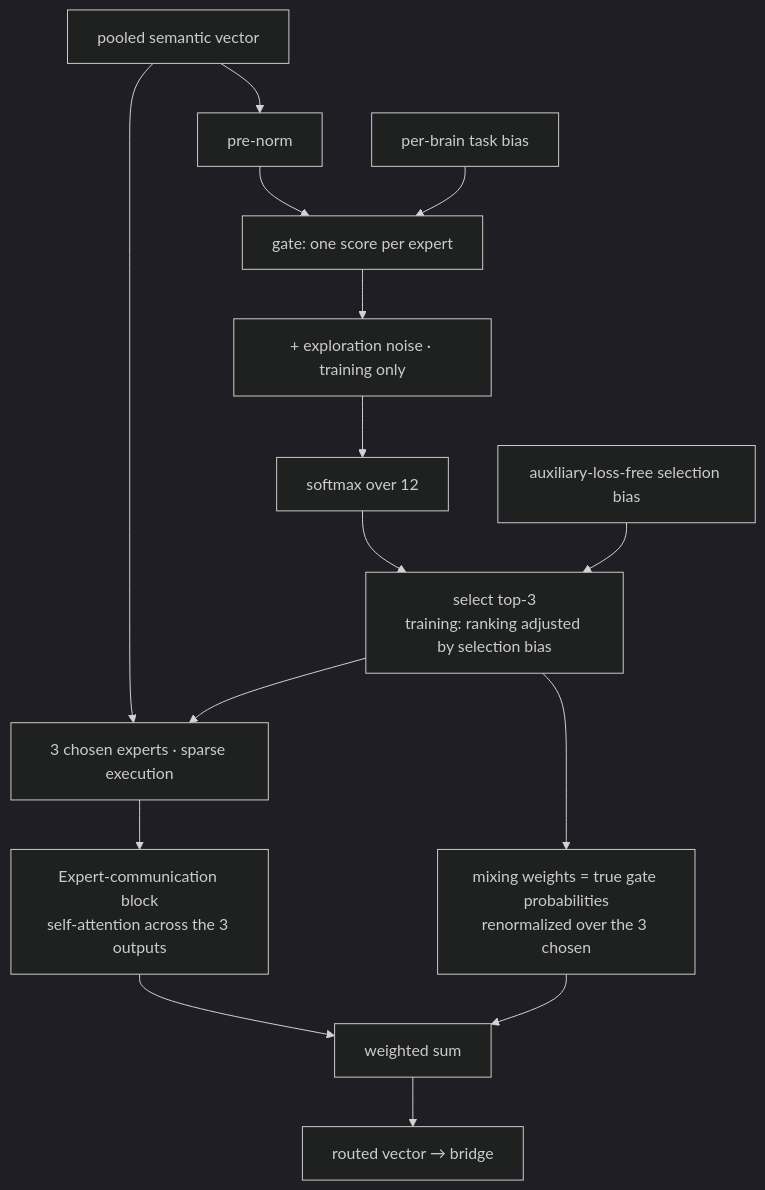
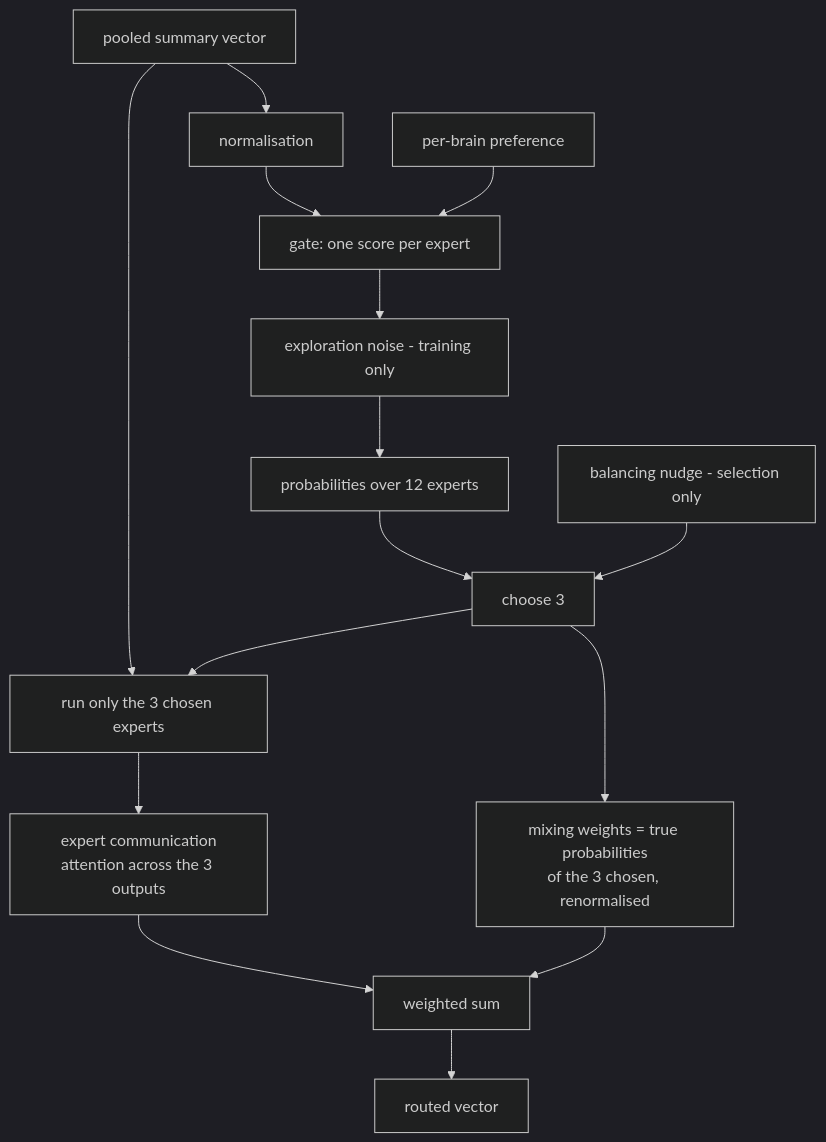
One commit to ATECTechnologies/Graph-Language-Assistant changed the fifth of 6 diagrams in README.md. Above: the diagram before and after it, drawn with Mermaid (dark theme). The commit also changed other lines of this file, not shown here.

````diff
--- a/README.md
+++ b/README.md
@@ -623,17 +645,17 @@
 ```mermaid
 flowchart TB
-    X[pooled semantic vector] --> N[pre-norm]
+    X[pooled summary vector] --> N[normalisation]
     N --> G[gate: one score per expert]
-    TB[per-brain task bias] --> G
-    G --> NS[+ exploration noise · training only]
-    NS --> SM[softmax over 12]
-    SM --> SEL[select top-3<br/>training: ranking adjusted by selection bias]
-    RB[auxiliary-loss-free selection bias] --> SEL
-    SEL --> RW[mixing weights = true gate probabilities<br/>renormalized over the 3 chosen]
-    X --> E[3 chosen experts · sparse execution]
+    TB[per-brain preference] --> G
+    G --> NS[exploration noise - training only]
+    NS --> SM[probabilities over 12 experts]
+    SM --> SEL[choose 3]
+    RB[balancing nudge - selection only] --> SEL
+    SEL --> RW[mixing weights = true probabilities<br/>of the 3 chosen, renormalised]
+    X --> E[run only the 3 chosen experts]
     SEL --> E
-    E --> COM[Expert-communication block<br/>self-attention across the 3 outputs]
+    E --> COM[expert communication<br/>attention across the 3 outputs]
     COM --> MIX[weighted sum]
     RW --> MIX
-    MIX --> OUT[routed vector → bridge]
+    MIX --> OUT[routed vector]
 ```
````
